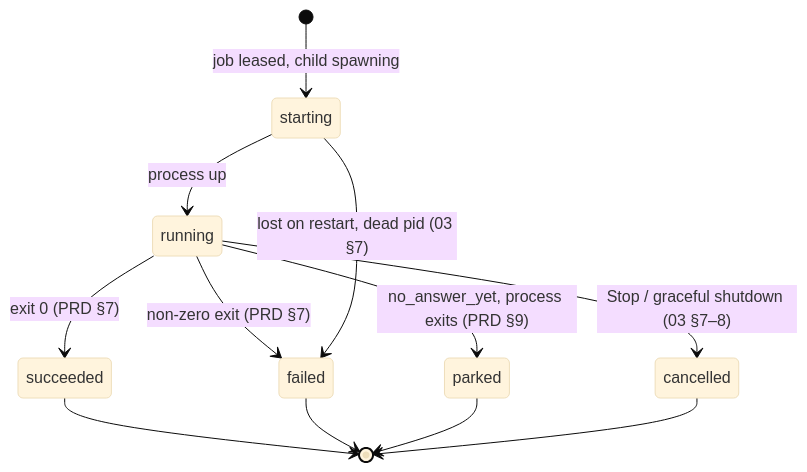
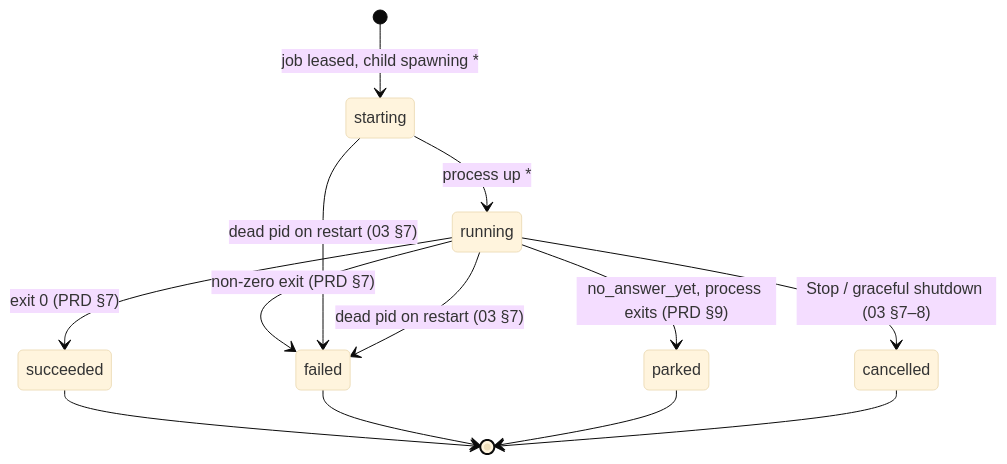
The third of 4 diagrams in docs/FlowBoard/Execution/Execution State Machines.md (ClearCloudSoftware/flowboard), drawn with Mermaid (base theme) before and after one commit. The commit also changed other lines of this file and 30 other files, not shown here.

````diff
--- a/docs/FlowBoard/Execution/Execution State Machines.md
+++ b/docs/FlowBoard/Execution/Execution State Machines.md
@@ -74,14 +84,15 @@
 ```mermaid
 stateDiagram-v2
-  [*] --> starting: job leased, child spawning
-  starting --> running: process up
+  [*] --> starting: job leased, child spawning *
+  starting --> running: process up *
   running --> succeeded: exit 0 (PRD §7)
   running --> failed: non-zero exit (PRD §7)
   running --> parked: no_answer_yet, process exits (PRD §9)
   running --> cancelled: Stop / graceful shutdown (03 §7–8)
-  starting --> failed: lost on restart, dead pid (03 §7)
+  starting --> failed: dead pid on restart (03 §7)
+  running --> failed: dead pid on restart (03 §7)
   succeeded --> [*]
   failed --> [*]
   parked --> [*]
   cancelled --> [*]
 ```
````
